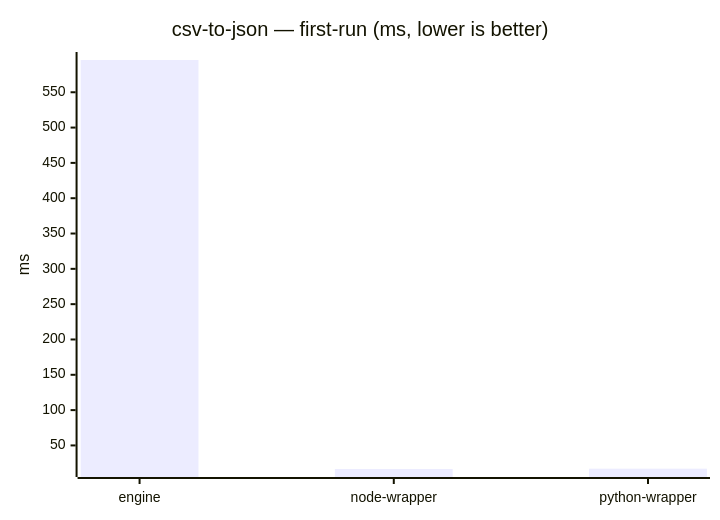
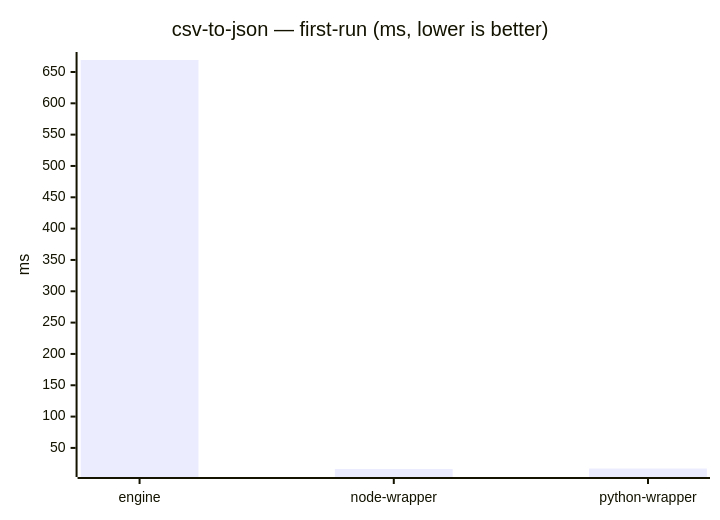
Before and after one commit to mulesoft/data-weave-cli: diagram 16 of 23 in benchmarks/report/RESULTS.md, drawn with Mermaid. The commit also changed other lines of this file, not shown here.

````diff
--- a/benchmarks/report/RESULTS.md
+++ b/benchmarks/report/RESULTS.md
@@ -178,7 +178,7 @@
 ```mermaid
 xychart-beta
     title "csv-to-json — first-run (ms, lower is better)"
     x-axis ["engine", "node-wrapper", "python-wrapper"]
     y-axis "ms"
-    bar [595.66, 16.631, 17.056]
+    bar [669.11, 16.35, 17.125]
 ```
````
